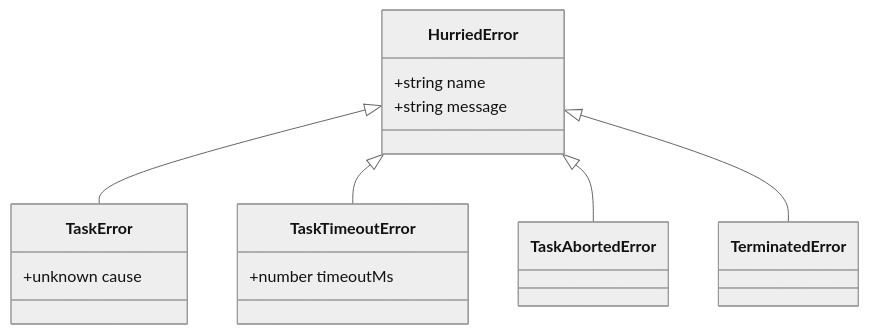
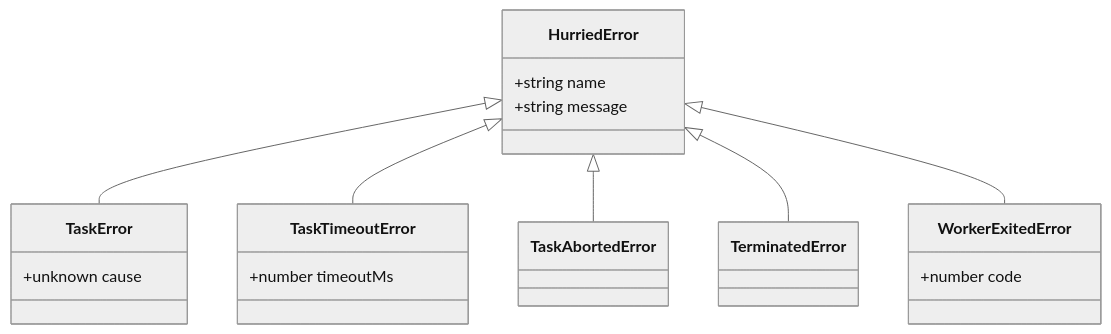
One commit to yankouskia/hurried changed the diagram in website/docs/api/errors.md. Above: the diagram before and after it, drawn with Mermaid (neutral theme). The commit also changed other lines of this file and 15 other files, not shown here.

````diff
--- a/website/docs/api/errors.md
+++ b/website/docs/api/errors.md
@@ -12,17 +12,21 @@
 ```mermaid
 classDiagram
   HurriedError <|-- TaskError
   HurriedError <|-- TaskTimeoutError
   HurriedError <|-- TaskAbortedError
   HurriedError <|-- TerminatedError
+  HurriedError <|-- WorkerExitedError
   class HurriedError {
     +string name
     +string message
   }
   class TaskError {
     +unknown cause
   }
   class TaskTimeoutError {
     +number timeoutMs
   }
+  class WorkerExitedError {
+    +number code
+  }
 ```
````
